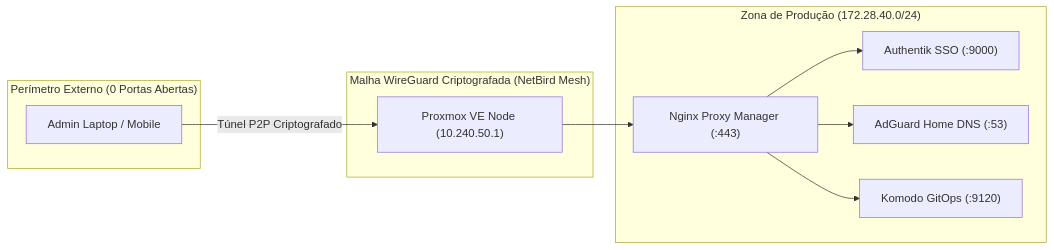
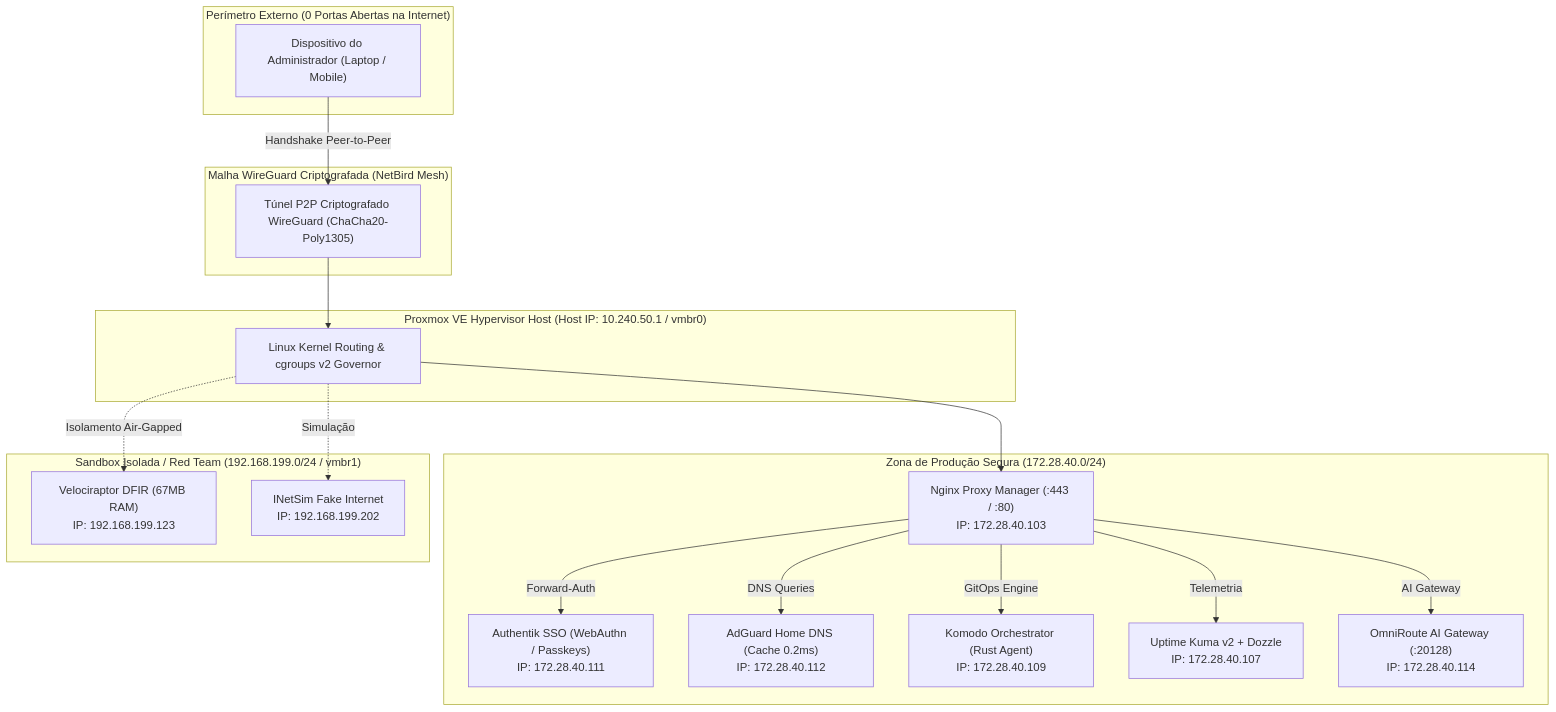
One commit to Lessa-github/homelab-zero-trust-infra changed the diagram in README.md. Above: the diagram before and after it, drawn with Mermaid. The commit also changed other lines of this file and 9 other files, not shown here.

````diff
--- a/README.md
+++ b/README.md
@@ -18,17 +27,29 @@
 ```mermaid
-flowchart LR
-    subgraph WAN_LESS ["Perímetro Externo (0 Portas Abertas)"]
-        Admin["Admin Laptop / Mobile"]
+flowchart TD
+    subgraph WAN_EXT ["Perímetro Externo (0 Portas Abertas na Internet)"]
+        User["Dispositivo do Administrador (Laptop / Mobile)"]
     end
 
-    subgraph MESH ["Malha WireGuard Criptografada (NetBird Mesh)"]
-        Admin -->|Túnel P2P Criptografado| PVE_NODE["Proxmox VE Node (10.240.50.1)"]
+    subgraph NETBIRD_OVERLAY ["Malha WireGuard Criptografada (NetBird Mesh)"]
+        Tunnel["Túnel P2P Criptografado WireGuard (ChaCha20-Poly1305)"]
+        User -->|Handshake Peer-to-Peer| Tunnel
     end
 
-    subgraph PRODUCTION ["Zona de Produção (172.28.40.0/24)"]
-        PVE_NODE --> NPM["Nginx Proxy Manager (:443)"]
-        NPM --> AUTH["Authentik SSO (:9000)"]
-        NPM --> ADGUARD["AdGuard Home DNS (:53)"]
-        NPM --> KOMODO["Komodo GitOps (:9120)"]
+    subgraph PVE_HOST ["Proxmox VE Hypervisor Host (Host IP: 10.240.50.1 / vmbr0)"]
+        Tunnel --> HostKernel["Linux Kernel Routing & cgroups v2 Governor"]
+    end
+
+    subgraph PROD_VLAN ["Zona de Produção Segura (172.28.40.0/24)"]
+        HostKernel --> NPM["Nginx Proxy Manager (:443 / :80)<br>IP: 172.28.40.103"]
+        NPM -->|Forward-Auth| AUTH["Authentik SSO (WebAuthn / Passkeys)<br>IP: 172.28.40.111"]
+        NPM -->|DNS Queries| ADG["AdGuard Home DNS (Cache 0.2ms)<br>IP: 172.28.40.112"]
+        NPM -->|GitOps Engine| KOM["Komodo Orchestrator (Rust Agent)<br>IP: 172.28.40.109"]
+        NPM -->|Telemetria| KUMA["Uptime Kuma v2 + Dozzle<br>IP: 172.28.40.107"]
+        NPM -->|AI Gateway| OMNI["OmniRoute AI Gateway (:20128)<br>IP: 172.28.40.114"]
+    end
+
+    subgraph AIRGAP_SANDBOX ["Sandbox Isolada / Red Team (192.168.199.0/24 / vmbr1)"]
+        HostKernel -.->|Isolamento Air-Gapped| VELOC["Velociraptor DFIR (67MB RAM)<br>IP: 192.168.199.123"]
+        HostKernel -.->|Simulação| INET["INetSim Fake Internet<br>IP: 192.168.199.202"]
     end
 ```
````
